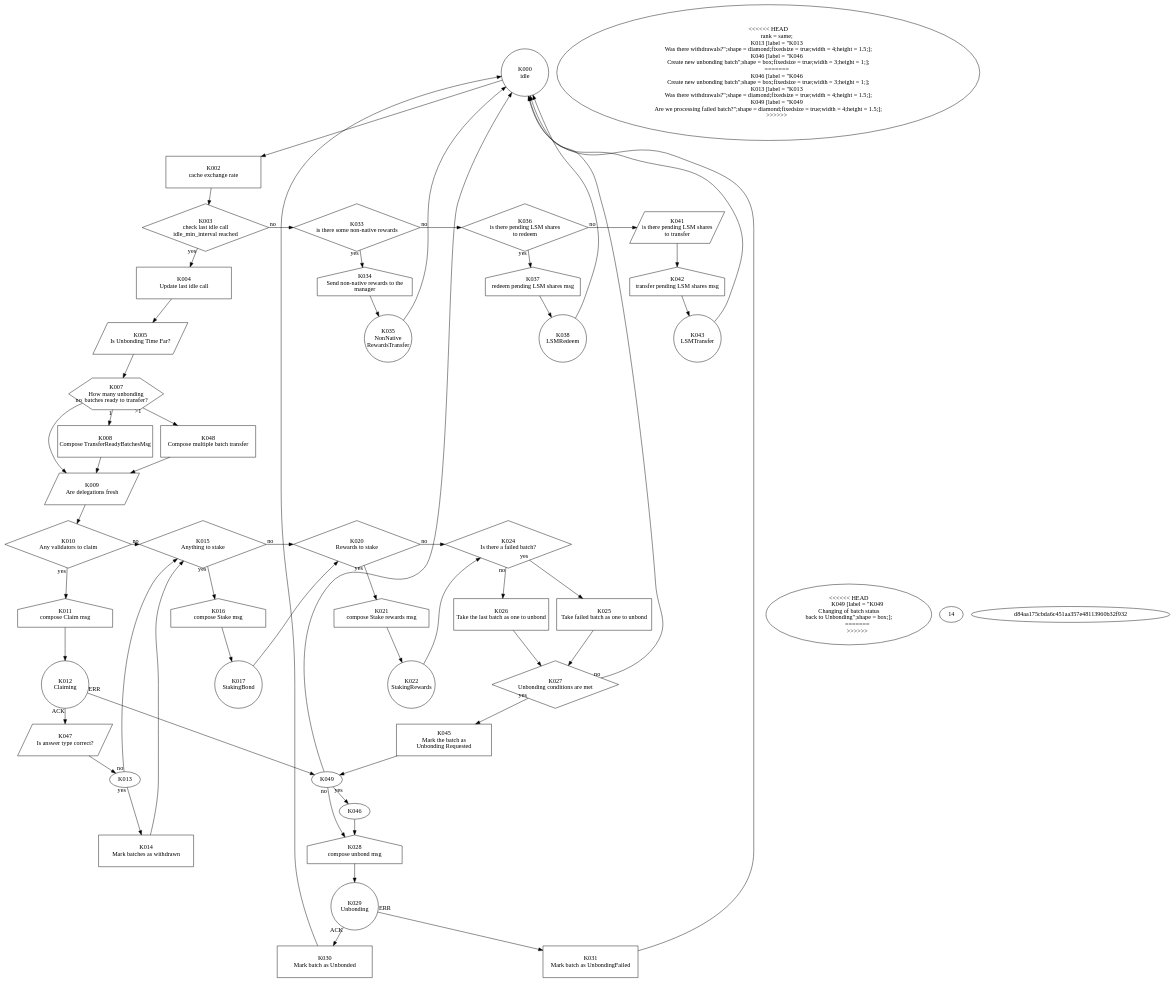
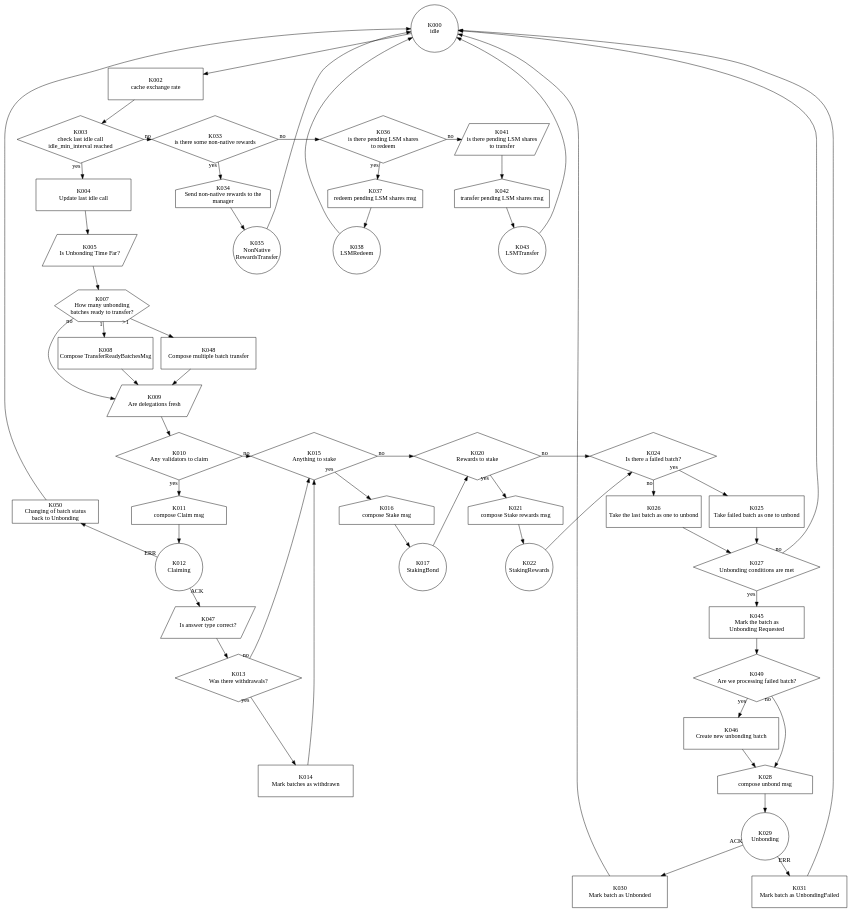
The diagram in graph.gv (hadronlabs-org/drop-contracts), drawn with Graphviz before and after one commit. The commit also changed 2 other files, not shown here.

```diff
--- a/graph.gv
+++ b/graph.gv
@@ -1,194 +1,183 @@
 digraph G {
     layout = dot;
     rankdir = TB;
     
     subgraph {
         rank = same;
         K000 [label = "K000\nidle";shape = circle;fixedsize = true;width = 1.5;height = 1.5;];
     }
     
     subgraph {
         rank = same;
         K002 [label = "K002\ncache exchange rate";shape = box;fixedsize = true;width = 3;height = 1;];
     }
     
     subgraph {
         rank = same;
         K003 [label = "K003\ncheck last idle call\nidle_min_interval reached";shape = diamond;fixedsize = true;width = 4;height = 1.5;];
         K033 [label = "K033\nis there some non-native rewards";shape = diamond;fixedsize = true;width = 4;height = 1.5;];
         K036 [label = "K036\nis there pending LSM shares\nto redeem";shape = diamond;fixedsize = true;width = 4;height = 1.5;];
         K041 [label = "K041\nis there pending LSM shares\nto transfer";shape = polygon;sides = 4;skew = .4;fixedsize = true;width = 3;height = 1;];
     }
     
     subgraph {
         rank = same;
         K004 [label = "K004\nUpdate last idle call";shape = box;fixedsize = true;width = 3;height = 1;];
         K034 [label = "K034\nSend non-native rewards to the\nmanager";shape = house;fixedsize = true;width = 3;height = 1;];
         K037 [label = "K037\nredeem pending LSM shares msg";shape = house;fixedsize = true;width = 3;height = 1;];
         K042 [label = "K042\ntransfer pending LSM shares msg";shape = house;fixedsize = true;width = 3;height = 1;];
     }
     
     subgraph {
         rank = same;
         K005 [label = "K005\nIs Unbonding Time Far?";shape = polygon;sides = 4;skew = .4;fixedsize = true;width = 3;height = 1;];
         K035 [label = "K035\nNonNative\nRewardsTransfer";shape = circle;fixedsize = true;width = 1.5;height = 1.5;];
         K038 [label = "K038\nLSMRedeem";shape = circle;fixedsize = true;width = 1.5;height = 1.5;];
         K043 [label = "K043\nLSMTransfer";shape = circle;fixedsize = true;width = 1.5;height = 1.5;];
     }
     
     subgraph {
         rank = same;
         K007 [label = "K007\nHow many unbonding\nbatches ready to transfer?";shape = hexagon;fixedsize = true;width = 3;height = 1;];
     }
     
     subgraph {
         rank = same;
         K008 [label = "K008\nCompose TransferReadyBatchesMsg";shape = box;fixedsize = true;width = 3;height = 1;];
         K048 [label = "K048\nCompose multiple batch transfer";shape = box;fixedsize = true;width = 3;height = 1;];
     }
     
     subgraph {
         rank = same;
         K009 [label = "K009\nAre delegations fresh";shape = polygon;sides = 4;skew = .4;fixedsize = true;width = 3;height = 1;];
     }
     
     subgraph {
         rank = same;
         K010 [label = "K010\nAny validators to claim";shape = diamond;fixedsize = true;width = 4;height = 1.5;];
         K015 [label = "K015\nAnything to stake";shape = diamond;fixedsize = true;width = 4;height = 1.5;];
         K020 [label = "K020\nRewards to stake";shape = diamond;fixedsize = true;width = 4;height = 1.5;];
         K024 [label = "K024\nIs there a failed batch?";shape = diamond;fixedsize = true;width = 4;height = 1.5;];
     }
     
     subgraph {
         rank = same;
         K011 [label = "K011\ncompose Claim msg";shape = house;fixedsize = true;width = 3;height = 1;];
         K016 [label = "K016\ncompose Stake msg";shape = house;fixedsize = true;width = 3;height = 1;];
         K021 [label = "K021\ncompose Stake rewards msg";shape = house;fixedsize = true;width = 3;height = 1;];
         K025 [label = "K025\nTake failed batch as one to unbond";shape = box;fixedsize = true;width = 3;height = 1;];
         K026 [label = "K026\nTake the last batch as one to unbond";shape = box;fixedsize = true;width = 3;height = 1;];
-        <<<<<<< HEAD
-            K049 [label = "K049\nChanging of batch status\nback to Unbonding";shape = box;];
-            =======
-            >>>>>>>;
-        14d84aa175cbda6c451aa357e48113960b32f932;
+        K050 [label = "K050\nChanging of batch status\nback to Unbonding";shape = box;];
     }
     
     subgraph {
         rank = same;
         K012 [label = "K012\nClaiming";shape = circle;fixedsize = true;width = 1.5;height = 1.5;];
         K017 [label = "K017\nStakingBond";shape = circle;fixedsize = true;width = 1.5;height = 1.5;];
         K022 [label = "K022\nStakingRewards";shape = circle;fixedsize = true;width = 1.5;height = 1.5;];
         K027 [label = "K027\nUnbonding conditions are met";shape = diamond;fixedsize = true;width = 4;height = 1.5;];
     }
     
     subgraph {
         rank = same;
         K047 [label = "K047\nIs answer type correct?";shape = polygon;sides = 4;skew = .4;fixedsize = true;width = 3;height = 1;];
         K045 [label = "K045\nMark the batch as\nUnbonding Requested";shape = box;fixedsize = true;width = 3;height = 1;];
     }
     
     subgraph {
-        <<<<<<< HEAD
-            rank = same;
-            K013 [label = "K013\nWas there withdrawals?";shape = diamond;fixedsize = true;width = 4;height = 1.5;];
-            K046 [label = "K046\nCreate new unbonding batch";shape = box;fixedsize = true;width = 3;height = 1;];
-            =======
-            K046 [label = "K046\nCreate new unbonding batch";shape = box;fixedsize = true;width = 3;height = 1;];
-            K013 [label = "K013\nWas there withdrawals?";shape = diamond;fixedsize = true;width = 4;height = 1.5;];
-            K049 [label = "K049\nAre we processing failed batch?";shape = diamond;fixedsize = true;width = 4;height = 1.5;];
-            >>>>>>>;
-        14d84aa175cbda6c451aa357e48113960b32f932;
+        K046 [label = "K046\nCreate new unbonding batch";shape = box;fixedsize = true;width = 3;height = 1;];
+        K013 [label = "K013\nWas there withdrawals?";shape = diamond;fixedsize = true;width = 4;height = 1.5;];
+        K049 [label = "K049\nAre we processing failed batch?";shape = diamond;fixedsize = true;width = 4;height = 1.5;];
     }
     
     subgraph {
         rank = same;
         K014 [label = "K014\nMark batches as withdrawn";shape = box;fixedsize = true;width = 3;height = 1;];
         K028 [label = "K028\ncompose unbond msg";shape = house;fixedsize = true;width = 3;height = 1;];
     }
     
     subgraph {
         rank = same;
         K029 [label = "K029\nUnbonding";shape = circle;fixedsize = true;width = 1.5;height = 1.5;];
     }
     
     subgraph {
         rank = same;
         
         K030 [label = "K030\nMark batch as Unbonded";shape = box;fixedsize = true;width = 3;height = 1;];
         K031 [label = "K031\nMark batch as UnbondingFailed";shape = box;fixedsize = true;width = 3;height = 1;];
     }
     
     K000 -> K002;
     K002 -> K003;
     K003 -> K033 [taillabel = "no";];
     
     K033 -> K034 [taillabel = "yes";];
     K034 -> K035;
     K033 -> K036 [taillabel = "no";];
     K036 -> K037 [taillabel = "yes";];
     K037 -> K038;
     K036 -> K041 [taillabel = "no";];
     K041 -> K042;
     K042 -> K043;
     
     K003 -> K004 [taillabel = "yes";];
     K004 -> K005;
     K005 -> K007;
     
     K007 -> K008 [taillabel = "1";];
     K007 -> K048 [taillabel = ">1";];
     K007 -> K009 [taillabel = "no";];
     
     K008 -> K009;
     K048 -> K009;
     
     K009 -> K010;
     K010 -> K015 [taillabel = "no";];
     
     K015 -> K016 [taillabel = "yes";];
     K016 -> K017;
     
     K015 -> K020 [taillabel = "no";];
     K020 -> K021 [taillabel = "yes";];
     K021 -> K022;
     
     K020 -> K024 [taillabel = "no";];
     K024 -> K025 [taillabel = "yes";];
     K028 -> K029;
     
     K024 -> K026 [taillabel = "no";];
     K010 -> K011 [taillabel = "yes";];
     K011 -> K012;
     
     K038 -> K000;
     K043 -> K000;
     K035 -> K000;
     
     K013 -> K014 [taillabel = "yes";];
     K013 -> K015 [taillabel = "no";];
     
     K012 -> K047 [taillabel = "ACK";];
-    K012 -> K049 [taillabel = "ERR";];
-    K049 -> K000;
+    K012 -> K050 [taillabel = "ERR";];
+    K050 -> K000;
     K047 -> K013;
     K014 -> K015;
     
     K017 -> K020;
     K022 -> K024;
     
     K029 -> K030 [taillabel = "ACK";];
     K029 -> K031 [taillabel = "ERR";];
     
     K030 -> K000;
     K031 -> K000;
     K025 -> K027;
     K026 -> K027;
     
     K027 -> K045 [taillabel = "yes";];
     K027 -> K000 [taillabel = "no";];
     K045 -> K049;
     K049 -> K046 [taillabel = "yes";];
     K049 -> K028 [taillabel = "no";];
     K046 -> K028;
 }
```
